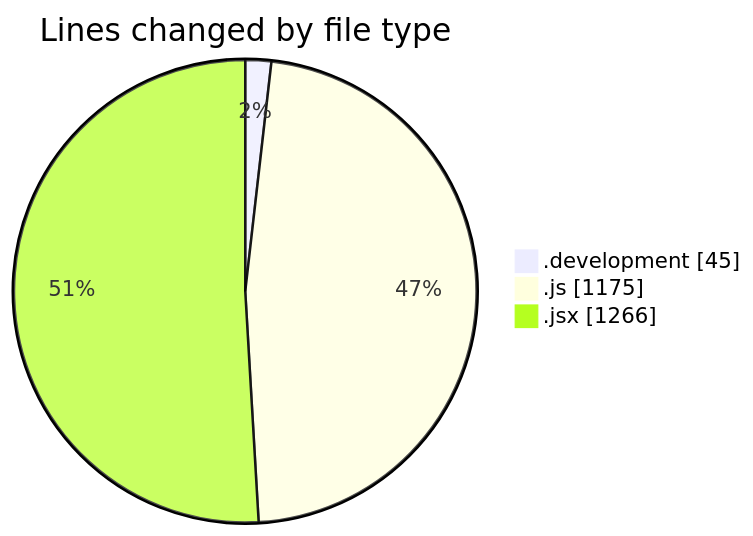
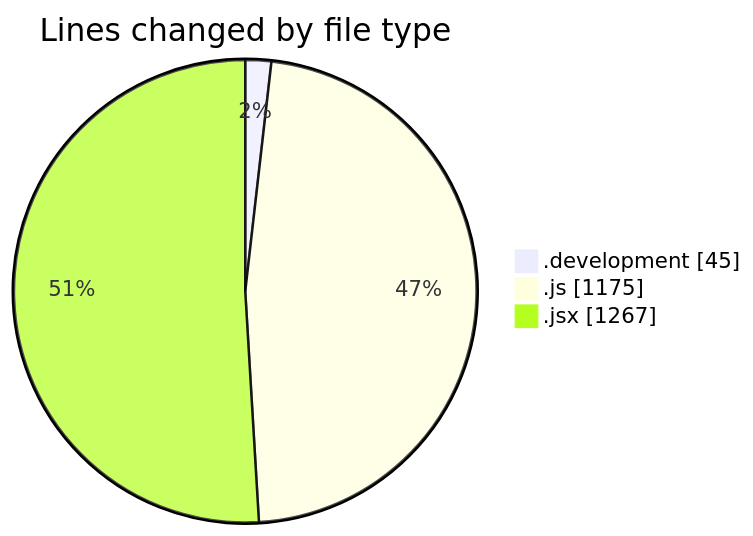
The first of 2 diagrams in 2025-11-10/nxtqube_webapp/README.md (nxtqubesakshisongat/code-tracking), drawn with Mermaid before and after one commit. The commit also changed other lines of this file and 1 other file, not shown here.

````diff
--- a/2025-11-10/nxtqube_webapp/README.md
+++ b/2025-11-10/nxtqube_webapp/README.md
@@ -31,7 +31,7 @@
 ```mermaid
 pie showData
 title Lines changed by file type
 ".development" : 45
 ".js" : 1175
-".jsx" : 1266
+".jsx" : 1267
 ```
````
